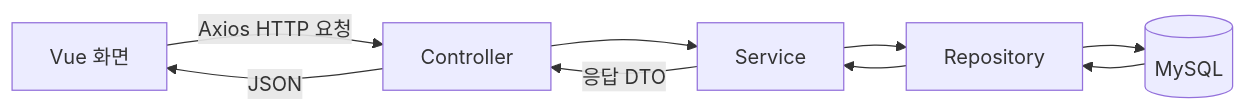
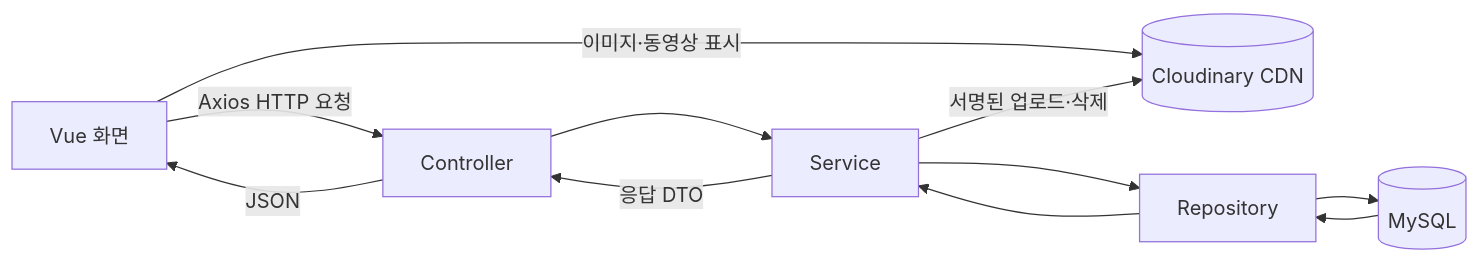
One commit to icoo08217/climber_Hub changed the first of 2 diagrams in 토이프로젝트_저장소/Project_info.md. Above: the diagram before and after it, drawn with Mermaid. The commit also changed other lines of this file and 35 other files, not shown here.

Commit message:
댓글, Cloudinary 연동, 이미지 및 영상 업로드 기능 구현

````diff
--- a/토이프로젝트_저장소/Project_info.md
+++ b/토이프로젝트_저장소/Project_info.md
@@ -100,11 +104,13 @@
 ```mermaid
 flowchart LR
     V[Vue 화면] -->|Axios HTTP 요청| C[Controller]
+    V -->|이미지·동영상 표시| CL[(Cloudinary CDN)]
     C --> S[Service]
+    S -->|서명된 업로드·삭제| CL
     S --> R[Repository]
     R --> DB[(MySQL)]
     DB --> R
     R --> S
     S -->|응답 DTO| C
     C -->|JSON| V
 ```
````
